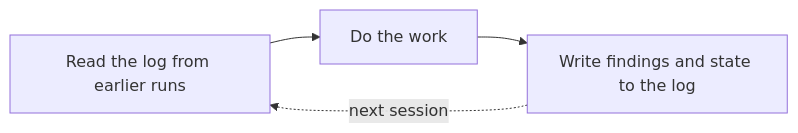
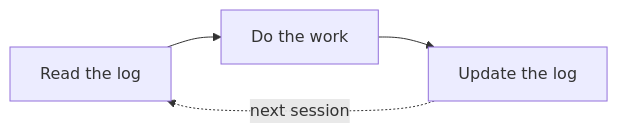
The diagram in README.md (AdiMendelowitz/AdiMendelowitz), drawn with Mermaid before and after one commit. The commit also changed other lines of this file, not shown here.

````diff
--- a/README.md
+++ b/README.md
@@ -39,6 +39,6 @@
 ```mermaid
 flowchart LR
-    A[Read the log from earlier runs] --> B[Do the work]
-    B --> C[Write findings and state to the log]
+    A[Read the log] --> B[Do the work]
+    B --> C[Update the log]
     C -. next session .-> A
 ```
````
